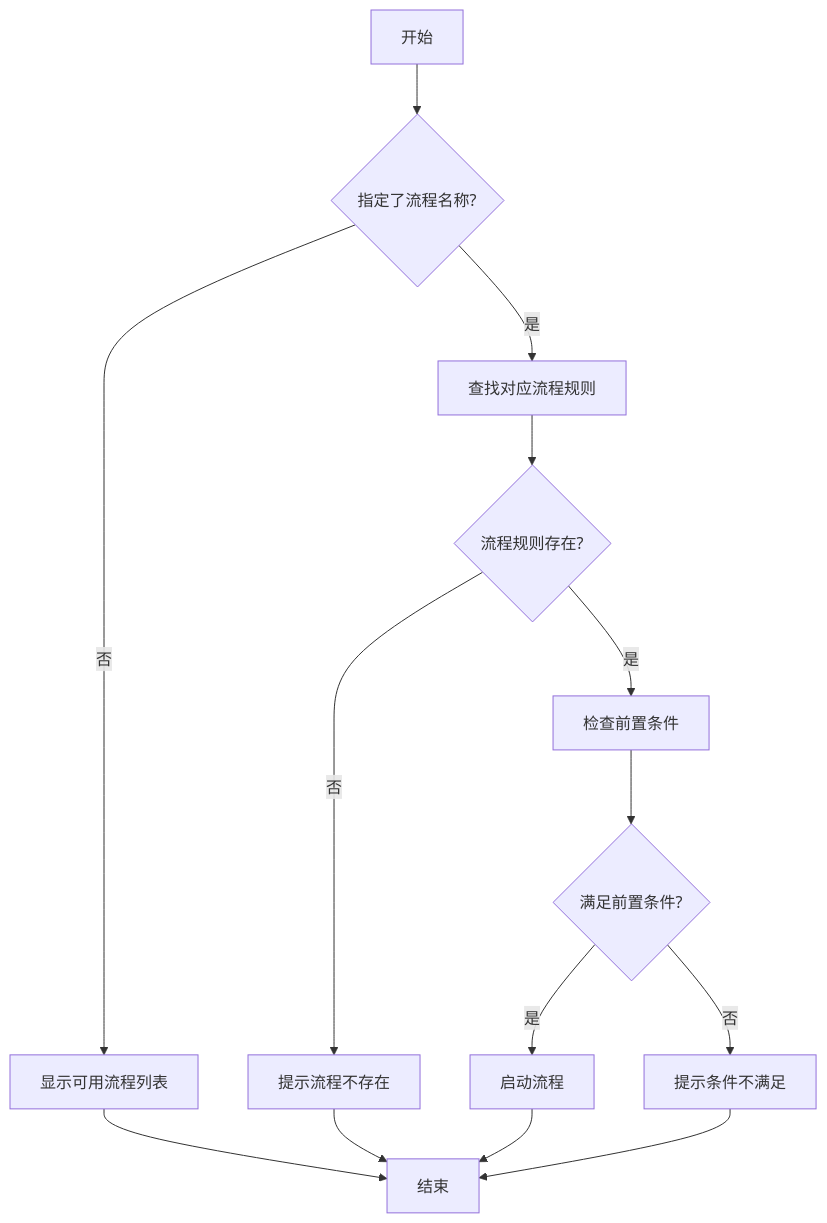
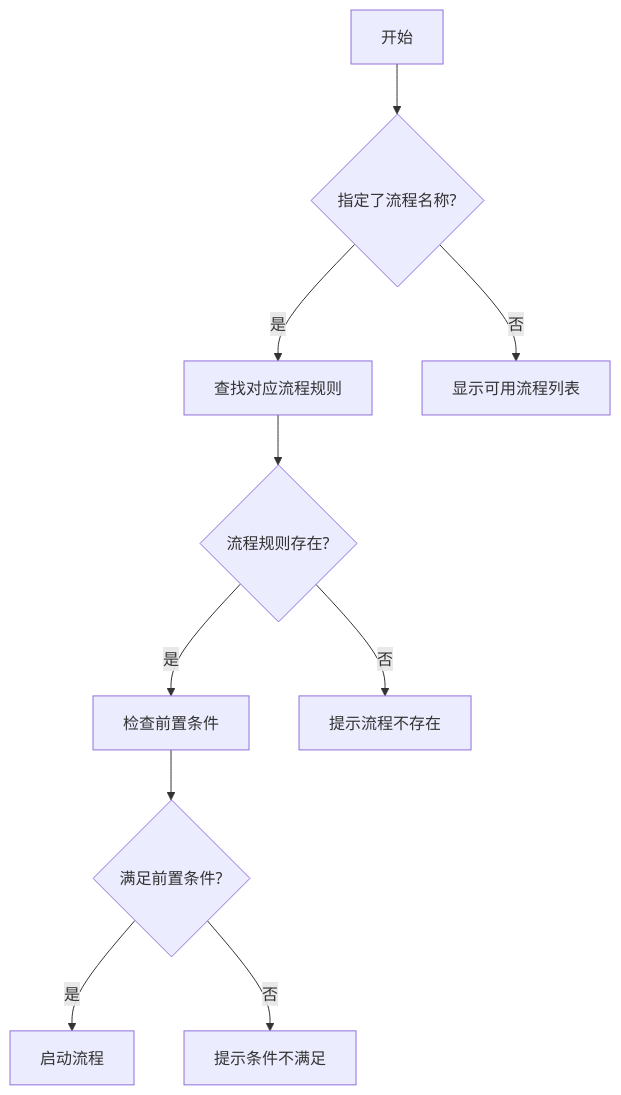
The diagram in .cursor/rules/command-rules/flow-command.mdc (jacobcy/VibeCopilot), drawn with Mermaid before and after one commit. The commit also changed other lines of this file and 17 other files, not shown here.

````diff
--- a/.cursor/rules/command-rules/flow-command.mdc
+++ b/.cursor/rules/command-rules/flow-command.mdc
@@ -36,16 +34,12 @@
 ```mermaid
 flowchart TD
     A[开始] --> B{指定了流程名称?}
     B -->|是| C[查找对应流程规则]
     B -->|否| D[显示可用流程列表]
     C --> E{流程规则存在?}
     E -->|是| F[检查前置条件]
     E -->|否| G[提示流程不存在]
     F --> H{满足前置条件?}
     H -->|是| I[启动流程]
     H -->|否| J[提示条件不满足]
-    D --> K[结束]
-    G --> K
-    I --> K
-    J --> K
 ```
````
